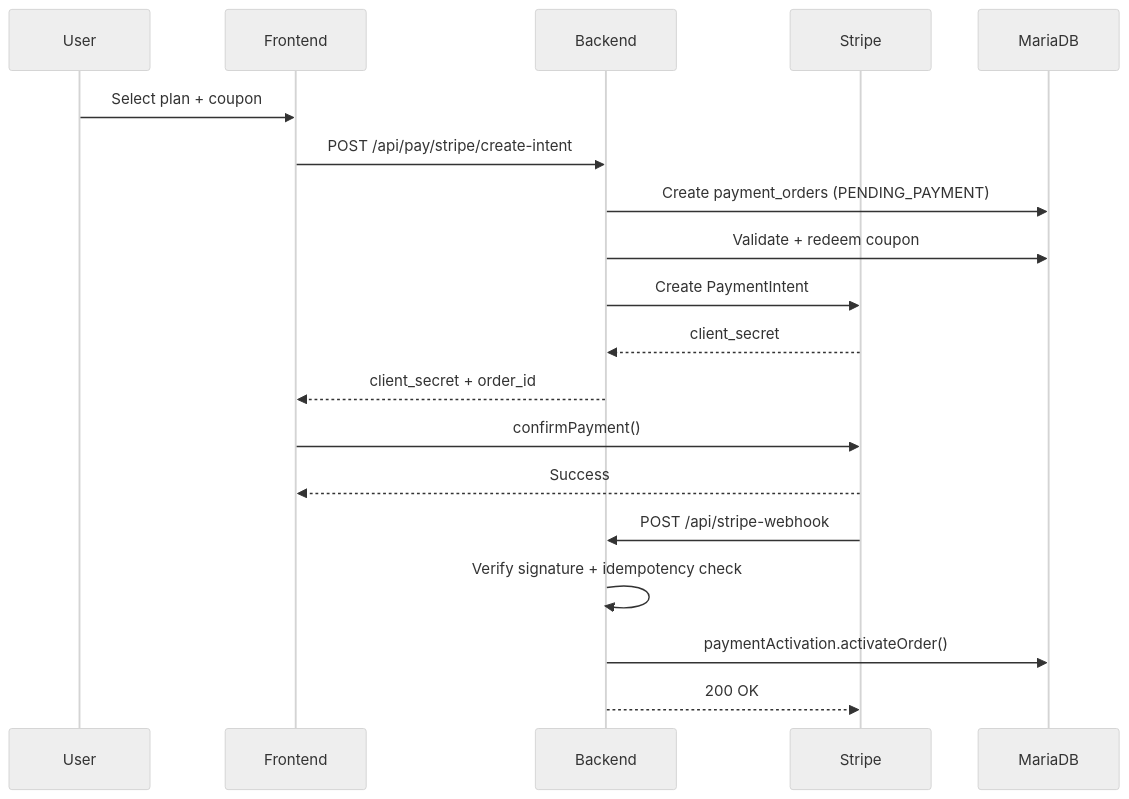
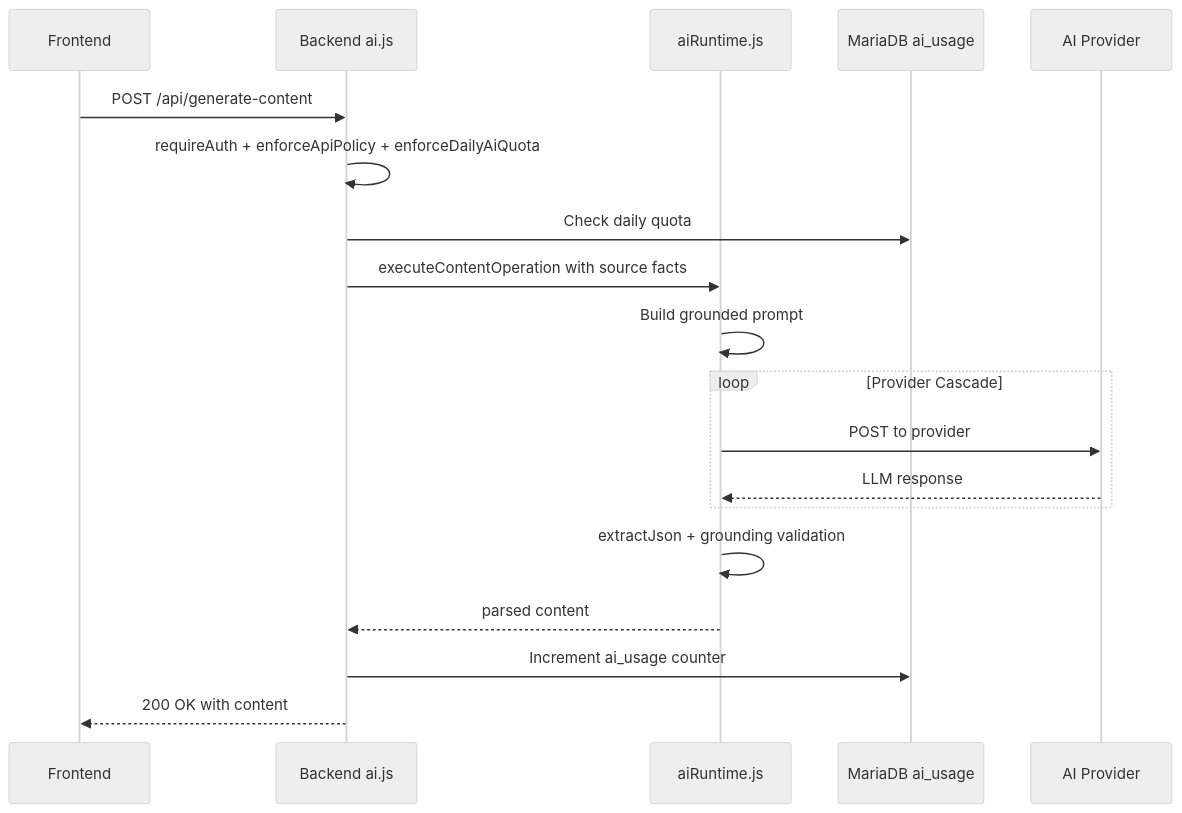
One commit to bhaskarbeyond-creator/ResumePilotAi changed the fifth of 5 diagrams in architecture-flowchart.md. Above: the diagram before and after it, drawn with Mermaid (neutral theme). The commit also changed other lines of this file and 6 other files, not shown here.

Commit message:
docs: whole-platform forensic audit, architecture flowchart, and enterprise scorecard

````diff
--- a/architecture-flowchart.md
+++ b/architecture-flowchart.md
@@ -947,22 +142,21 @@
 ```mermaid
 sequenceDiagram
-    participant User
-    participant Frontend
-    participant Backend
-    participant Stripe
-    participant MariaDB
-
-    User->>Frontend: Select plan + coupon
-    Frontend->>Backend: POST /api/pay/stripe/create-intent
-    Backend->>MariaDB: Create payment_orders (PENDING_PAYMENT)
-    Backend->>MariaDB: Validate + redeem coupon
-    Backend->>Stripe: Create PaymentIntent
-    Stripe-->>Backend: client_secret
-    Backend-->>Frontend: client_secret + order_id
-    Frontend->>Stripe: confirmPayment()
-    Stripe-->>Frontend: Success
-    Stripe->>Backend: POST /api/stripe-webhook
-    Backend->>Backend: Verify signature + idempotency check
-    Backend->>MariaDB: paymentActivation.activateOrder()
-    Backend-->>Stripe: 200 OK
+    participant UI as Frontend
+    participant BE as Backend ai.js
+    participant RT as aiRuntime.js
+    participant DB as MariaDB ai_usage
+    participant AI as AI Provider
+    UI->>BE: POST /api/generate-content
+    BE->>BE: requireAuth + enforceApiPolicy + enforceDailyAiQuota
+    BE->>DB: Check daily quota
+    BE->>RT: executeContentOperation with source facts
+    RT->>RT: Build grounded prompt
+    loop Provider Cascade
+        RT->>AI: POST to provider
+        AI-->>RT: LLM response
+    end
+    RT->>RT: extractJson + grounding validation
+    RT-->>BE: parsed content
+    BE->>DB: Increment ai_usage counter
+    BE-->>UI: 200 OK with content
 ```
````
